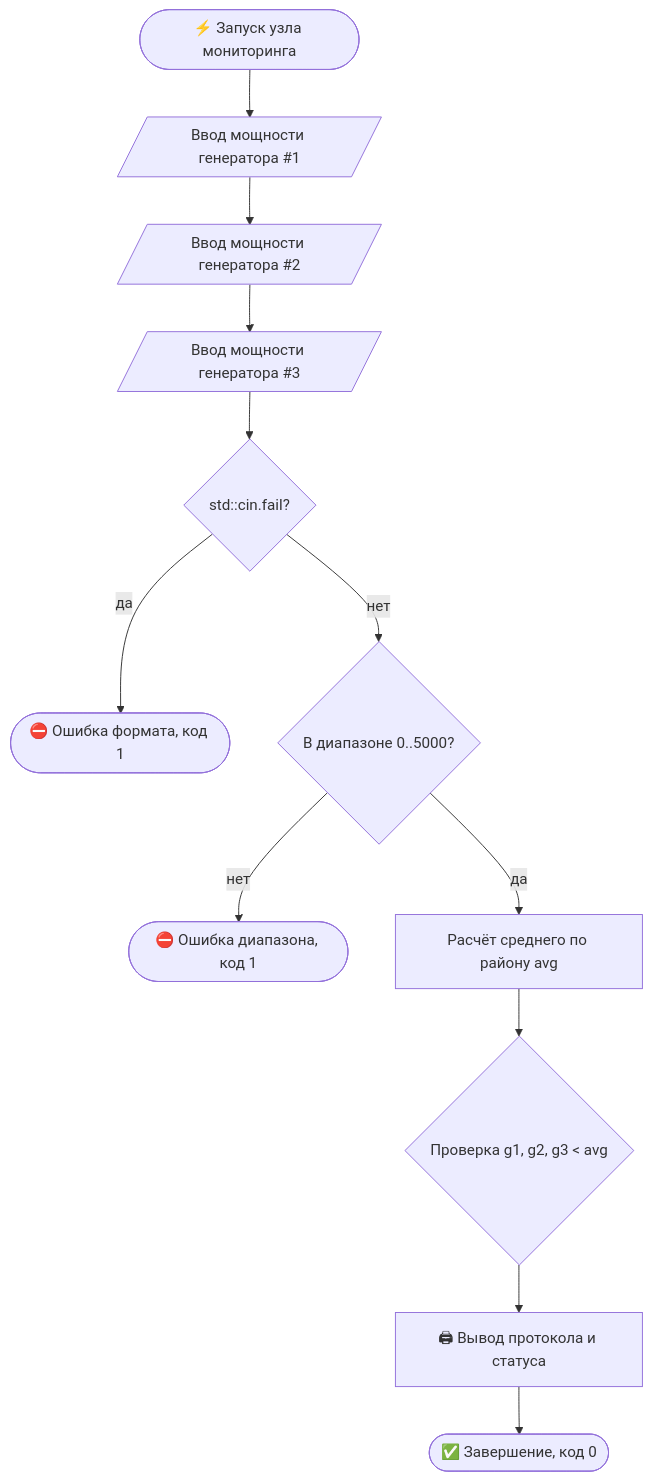
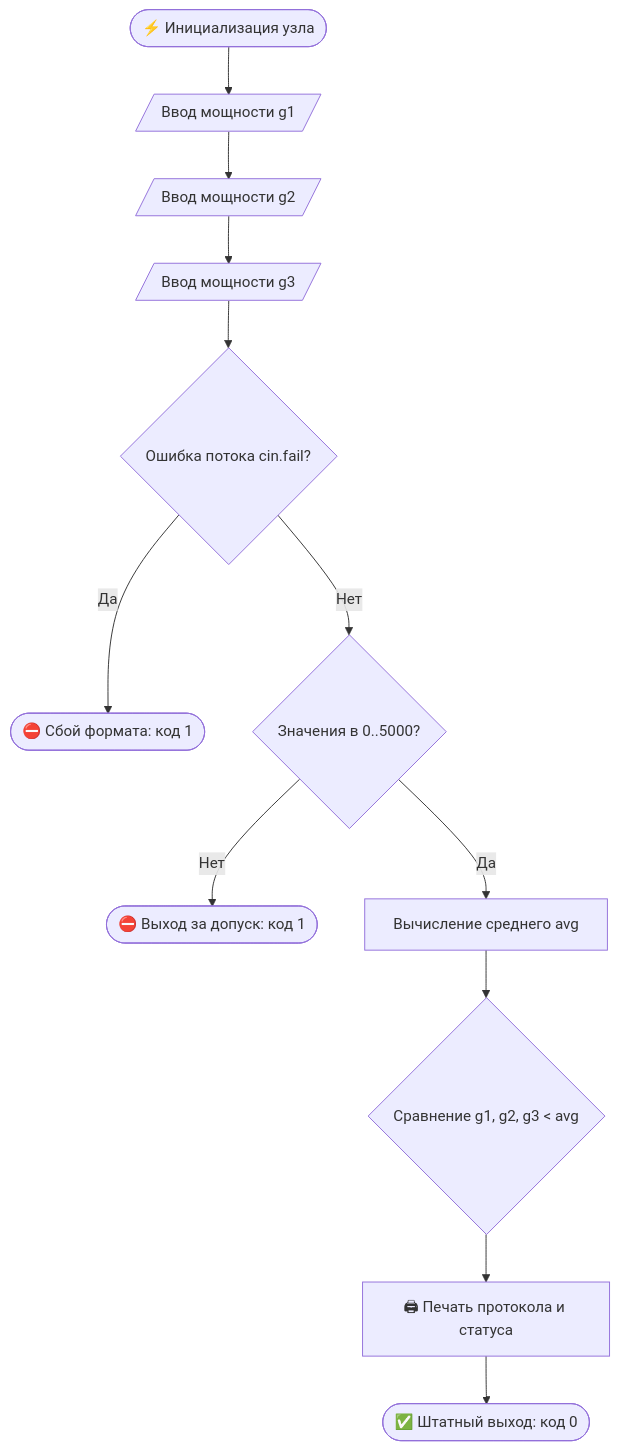
The diagram in README.md (Maslenok589/cyber2), drawn with Mermaid before and after one commit. The commit also changed other lines of this file, not shown here.

````diff
--- a/README.md
+++ b/README.md
@@ -129,14 +142,14 @@
 ```mermaid
 flowchart TD
-    S([⚡ Запуск узла мониторинга]) --> I1[/Ввод мощности генератора #1/]
-    I1 --> I2[/Ввод мощности генератора #2/]
-    I2 --> I3[/Ввод мощности генератора #3/]
-    I3 --> V1{std::cin.fail?}
-    V1 -- да --> E1([⛔ Ошибка формата, код 1])
-    V1 -- нет --> V2{В диапазоне 0..5000?}
-    V2 -- нет --> E2([⛔ Ошибка диапазона, код 1])
-    V2 -- да --> C[Расчёт среднего по району avg]
-    C --> L{Проверка g1, g2, g3 < avg}
-    L --> R[🖨 Вывод протокола и статуса]
-    R --> F([✅ Завершение, код 0])
+    S([⚡ Инициализация узла]) --> I1[/Ввод мощности g1/]
+    I1 --> I2[/Ввод мощности g2/]
+    I2 --> I3[/Ввод мощности g3/]
+    I3 --> V1{Ошибка потока cin.fail?}
+    V1 -- Да --> E1([⛔ Сбой формата: код 1])
+    V1 -- Нет --> V2{Значения в 0..5000?}
+    V2 -- Нет --> E2([⛔ Выход за допуск: код 1])
+    V2 -- Да --> C[Вычисление среднего avg]
+    C --> L{Сравнение g1, g2, g3 < avg}
+    L --> R[🖨 Печать протокола и статуса]
+    R --> F([✅ Штатный выход: код 0])
 ```
````
